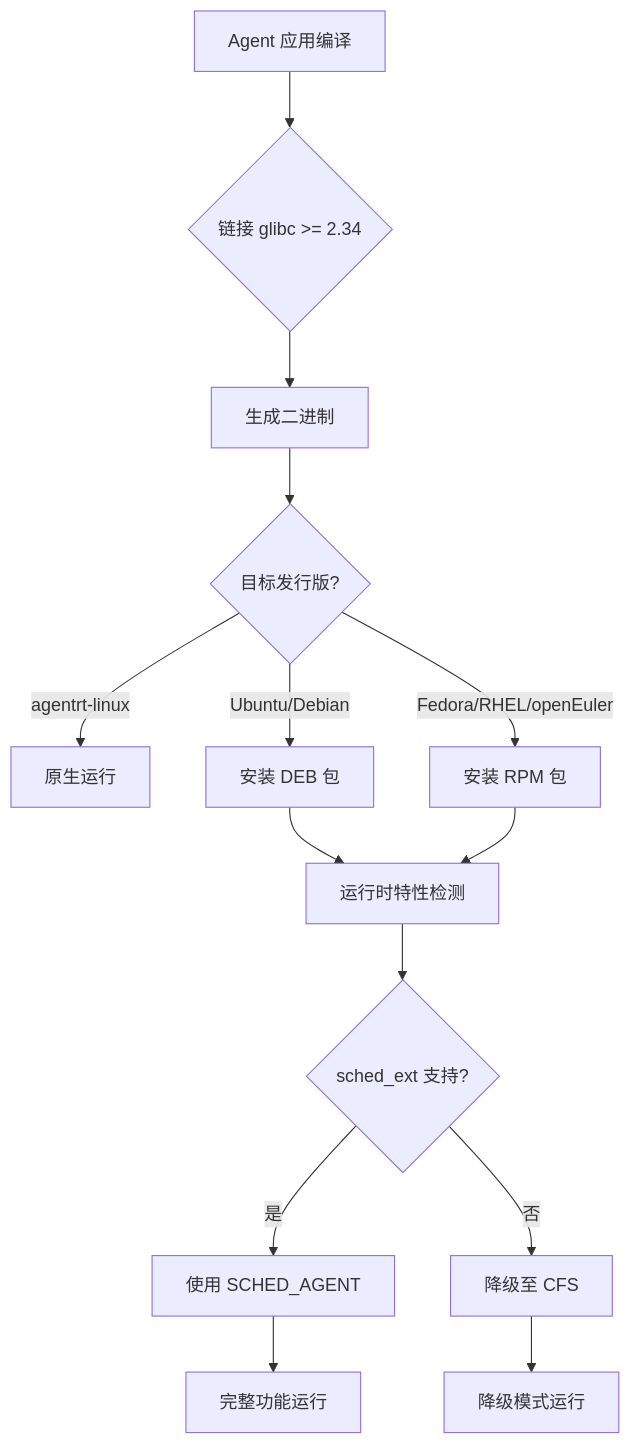
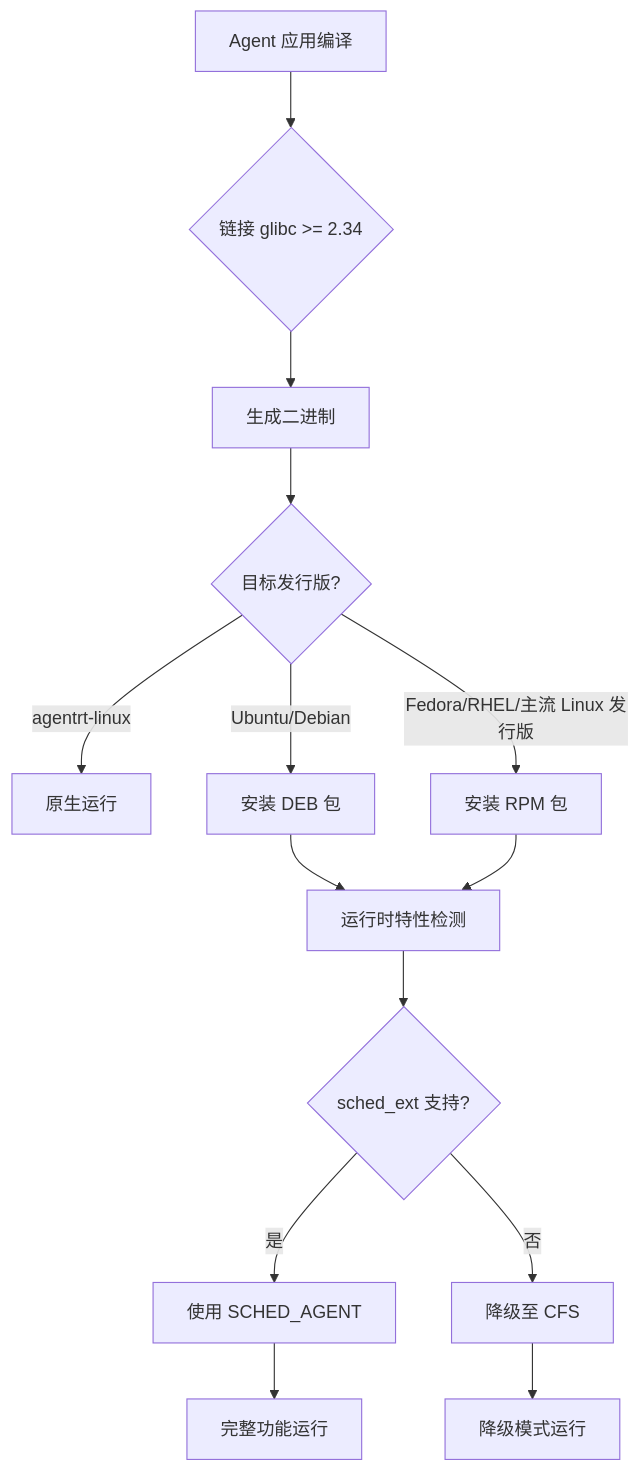
The diagram in AirymaxOS/160-compatibility/05-cross-distro.md (SpharxTeam/Docs), drawn with Mermaid before and after one commit. The commit also changed other lines of this file and 151 other files, not shown here.

````diff
--- a/AirymaxOS/160-compatibility/05-cross-distro.md
+++ b/AirymaxOS/160-compatibility/05-cross-distro.md
@@ -519,16 +519,16 @@
 ```mermaid
 graph TD
     A[Agent 应用编译] --> B{链接 glibc >= 2.34}
     B --> C[生成二进制]
     C --> D{目标发行版?}
     D -->|agentrt-linux| E[原生运行]
     D -->|Ubuntu/Debian| F[安装 DEB 包]
-    D -->|Fedora/RHEL/openEuler| G[安装 RPM 包]
+    D -->|Fedora/RHEL/主流 Linux 发行版| G[安装 RPM 包]
     F --> H[运行时特性检测]
     G --> H
     H --> I{sched_ext 支持?}
     I -->|是| J[使用 SCHED_AGENT]
     I -->|否| K[降级至 CFS]
     J --> L[完整功能运行]
     K --> M[降级模式运行]
 ```
````
